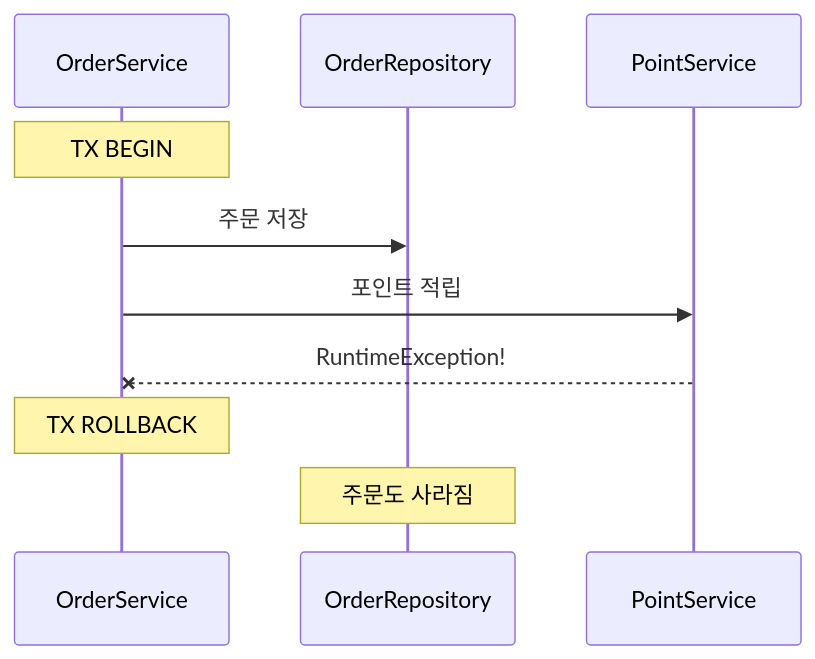
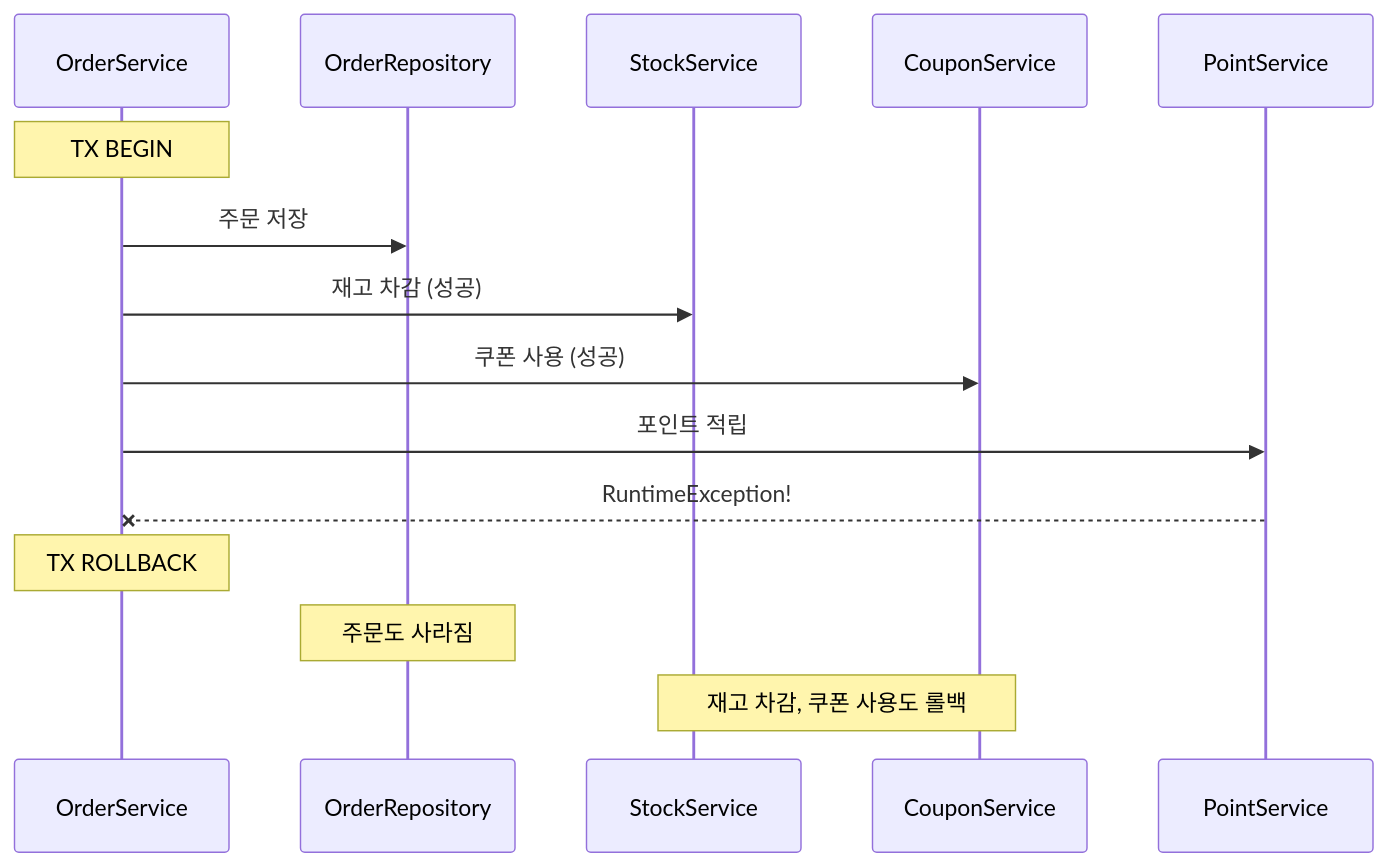
The first of 3 diagrams in src/test/java/com/example/messaging/step1_application_event/README.md (ghtjr410/messaging-lab), drawn with Mermaid before and after one commit. The commit also changed 1 other file, not shown here.

Commit message:
docs: step1 다이어그램에 StockService/CouponService 추가 + 학습 가이드 개선
- step1 README 롤백 다이어그램에 StockService, CouponService 추가 (코드 블록과 일치)
- 루트 README에 "이렇게 읽으세요" 가이드 추가 (Step 폴더 README 경로 명시)
- 테스트 실행 예시를 플레이스홀더 패턴으로 변경

````diff
--- a/src/test/java/com/example/messaging/step1_application_event/README.md
+++ b/src/test/java/com/example/messaging/step1_application_event/README.md
@@ -40,14 +40,19 @@
 ```mermaid
 sequenceDiagram
     participant OS as OrderService
     participant DB as OrderRepository
+    participant SS as StockService
+    participant CS as CouponService
     participant PS as PointService
 
     Note over OS: TX BEGIN
     OS->>DB: 주문 저장
+    OS->>SS: 재고 차감 (성공)
+    OS->>CS: 쿠폰 사용 (성공)
     OS->>PS: 포인트 적립
     PS--xOS: RuntimeException!
 
     Note over OS: TX ROLLBACK
     Note over DB: 주문도 사라짐
+    Note over SS,CS: 재고 차감, 쿠폰 사용도 롤백
 ```
````
